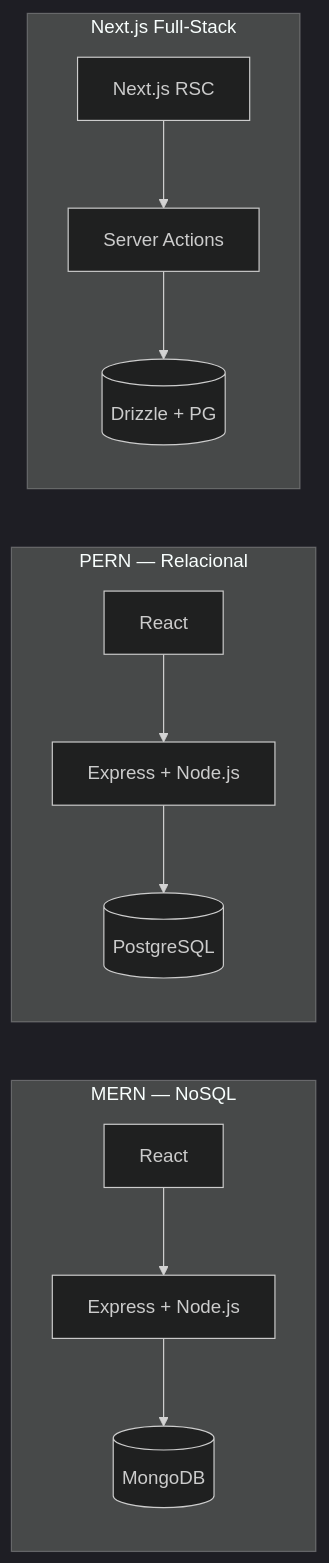
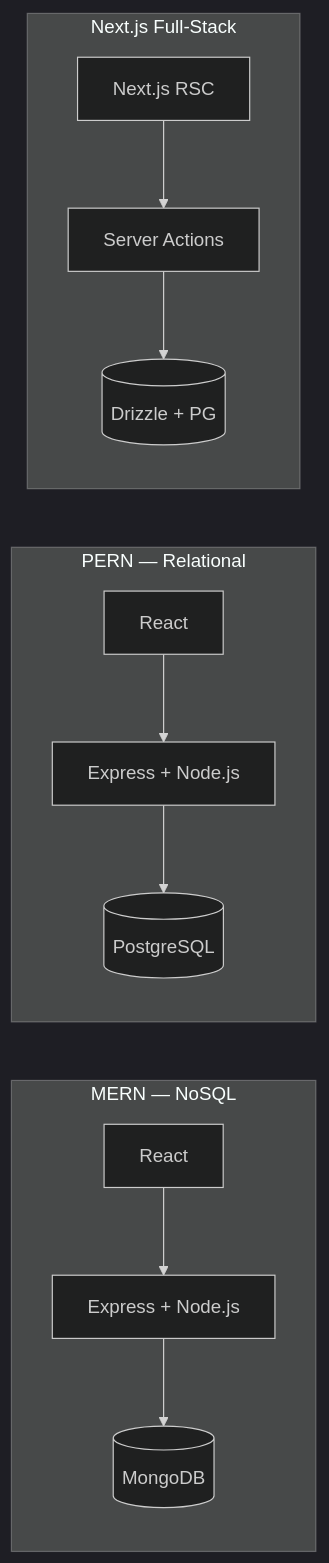
One commit to jsa4000/Getting-Started-Fullstack changed the third of 4 diagrams in docs/slides/SLIDES.es.md. Above: the diagram before and after it, drawn with Mermaid (dark theme). The commit also changed other lines of this file and 2 other files, not shown here.

```diff
--- a/docs/slides/SLIDES.es.md
+++ b/docs/slides/SLIDES.es.md
@@ -403,15 +403,15 @@
 <div class="mermaid">
 flowchart LR
     subgraph MERN["MERN — NoSQL"]
         M1["React"] --> M2["Express + Node.js"] --> M3[("MongoDB")]
     end
 
-    subgraph PERN["PERN — Relacional"]
+    subgraph PERN["PERN — Relational"]
         P1["React"] --> P2["Express + Node.js"] --> P3[("PostgreSQL")]
     end
 
     subgraph NEXT["Next.js Full-Stack"]
         N1["Next.js RSC"] --> N2["Server Actions"] --> N3[("Drizzle + PG")]
     end
 
 </div>
```
